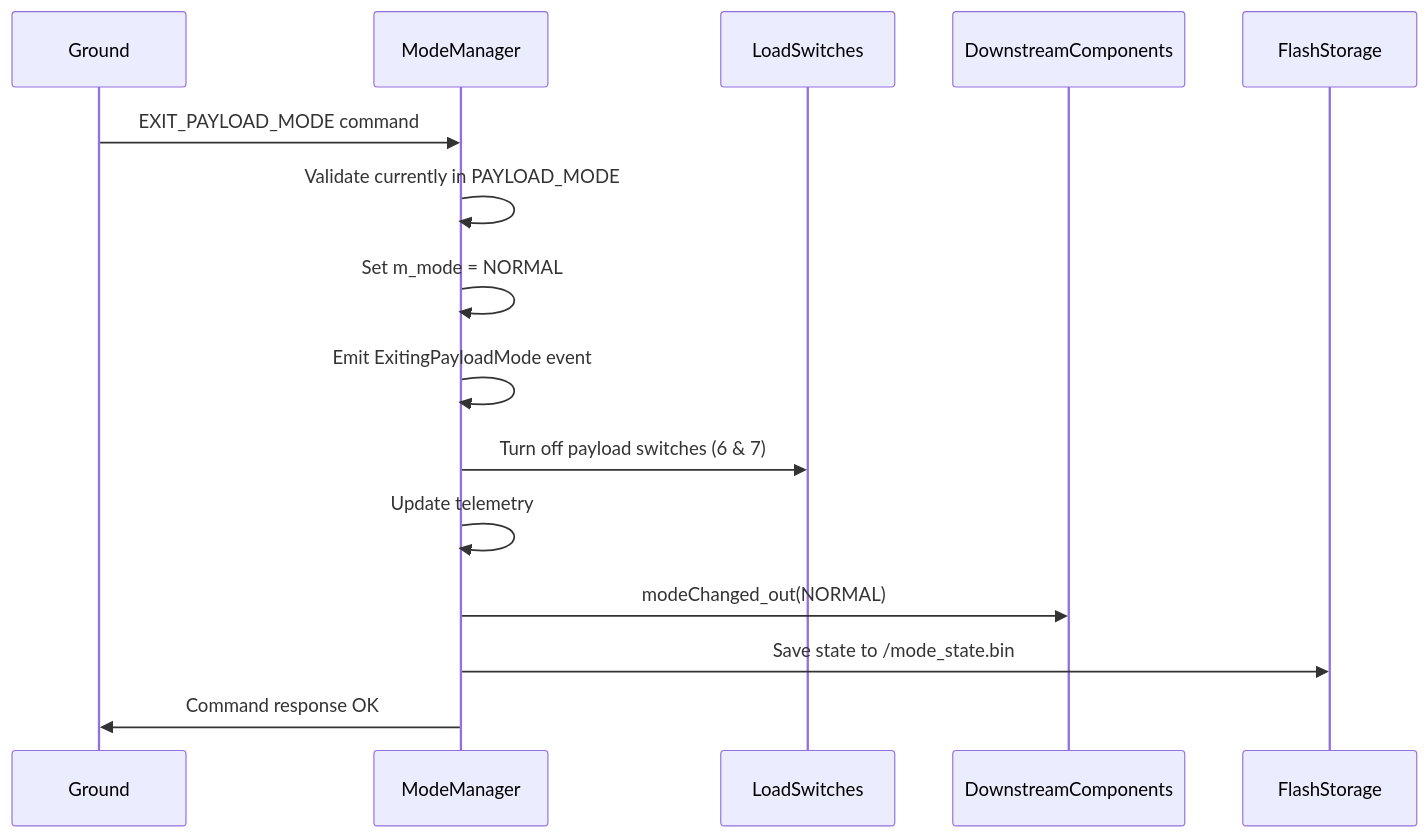
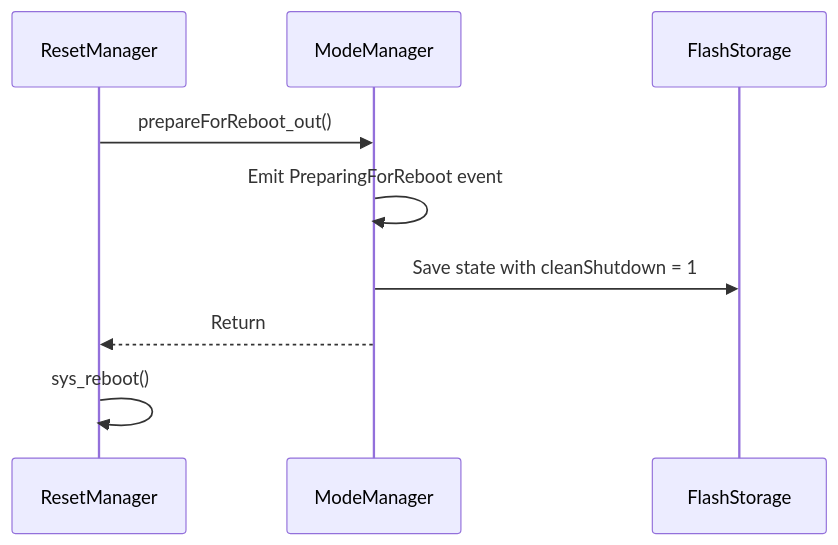
Before and after one commit to Open-Source-Space-Foundation/proves-core-reference: the sixth of 7 diagrams in FprimeZephyrReference/Components/ModeManager/docs/sdd.md, drawn with Mermaid. The commit also changed other lines of this file and 9 other files, not shown here.

Commit message:
re-implement safe and normal mode auto switch

````diff
--- a/FprimeZephyrReference/Components/ModeManager/docs/sdd.md
+++ b/FprimeZephyrReference/Components/ModeManager/docs/sdd.md
@@ -262,18 +286,12 @@
 ```mermaid
 sequenceDiagram
-    participant Ground
+    participant ResetManager
     participant ModeManager
-    participant LoadSwitches
-    participant DownstreamComponents
     participant FlashStorage
 
-    Ground->>ModeManager: EXIT_PAYLOAD_MODE command
-    ModeManager->>ModeManager: Validate currently in PAYLOAD_MODE
-    ModeManager->>ModeManager: Set m_mode = NORMAL
-    ModeManager->>ModeManager: Emit ExitingPayloadMode event
-    ModeManager->>LoadSwitches: Turn off payload switches (6 & 7)
-    ModeManager->>ModeManager: Update telemetry
-    ModeManager->>DownstreamComponents: modeChanged_out(NORMAL)
-    ModeManager->>FlashStorage: Save state to /mode_state.bin
-    ModeManager->>Ground: Command response OK
+    ResetManager->>ModeManager: prepareForReboot_out()
+    ModeManager->>ModeManager: Emit PreparingForReboot event
+    ModeManager->>FlashStorage: Save state with cleanShutdown = 1
+    ModeManager-->>ResetManager: Return
+    ResetManager->>ResetManager: sys_reboot()
 ```
````
